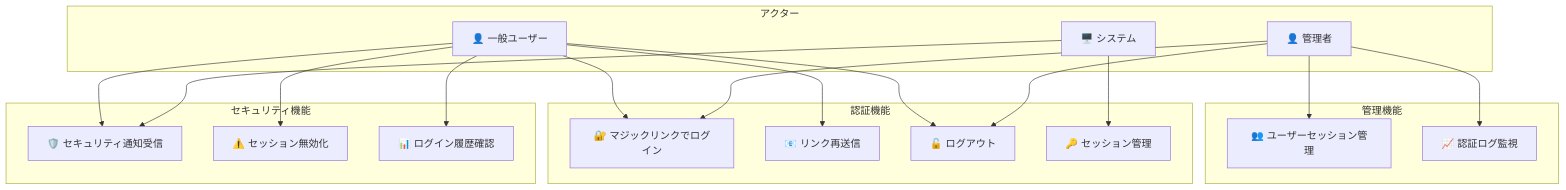
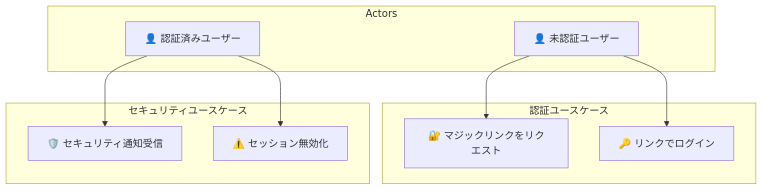
One commit to einja-inc/einja-management-template changed the second of 7 diagrams in docs/einja/example/specs/issues/issue999-example-task/requirements.md. Above: the diagram before and after it, drawn with Mermaid. The commit also changed other lines of this file and 7 other files, not shown here.

````diff
--- a/docs/einja/example/specs/issues/issue999-example-task/requirements.md
+++ b/docs/einja/example/specs/issues/issue999-example-task/requirements.md
@@ -55,41 +58,22 @@
 ```mermaid
 graph TB
-    subgraph アクター
-        User[👤 一般ユーザー]
-        Admin[👤 管理者]
-        System[🖥️ システム]
+    subgraph Actors
+        U[👤 未認証ユーザー]
+        AU[👤 認証済みユーザー]
     end
 
-    subgraph 認証機能
-        UC1[🔐 マジックリンクでログイン]
-        UC2[📧 リンク再送信]
-        UC3[🔓 ログアウト]
-        UC4[🔑 セッション管理]
+    subgraph "認証ユースケース"
+        UC1[🔐 マジックリンクをリクエスト]
+        UC2[🔑 リンクでログイン]
     end
 
-    subgraph セキュリティ機能
-        UC5[🛡️ セキュリティ通知受信]
-        UC6[⚠️ セッション無効化]
-        UC7[📊 ログイン履歴確認]
+    subgraph "セキュリティユースケース"
+        UC3[🛡️ セキュリティ通知受信]
+        UC4[⚠️ セッション無効化]
     end
 
-    subgraph 管理機能
-        UC8[👥 ユーザーセッション管理]
-        UC9[📈 認証ログ監視]
-    end
-
-    User --> UC1
-    User --> UC2
-    User --> UC3
-    User --> UC5
-    User --> UC6
-    User --> UC7
-
-    Admin --> UC8
-    Admin --> UC9
-    Admin --> UC1
-    Admin --> UC3
-
-    System --> UC4
-    System --> UC5
+    U --> UC1
+    U --> UC2
+    AU --> UC3
+    AU --> UC4
 ```
````
